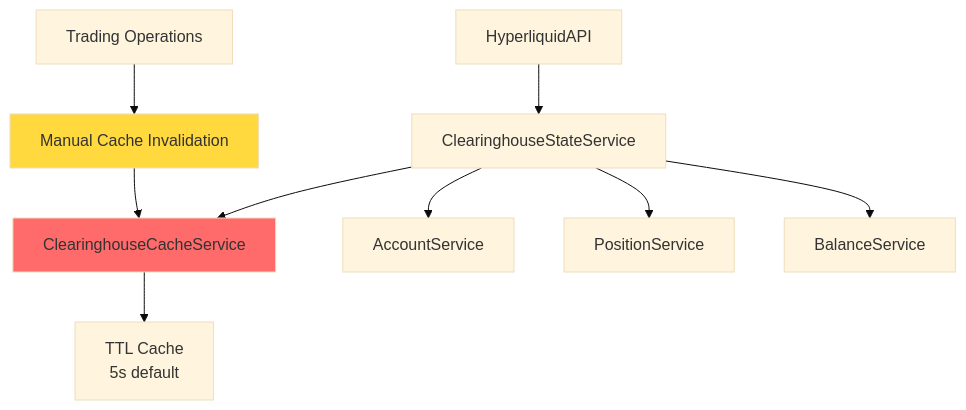
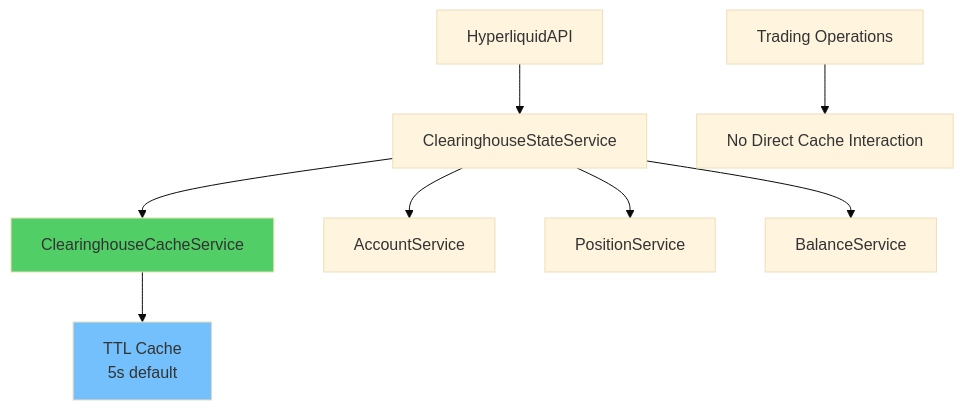
Before and after one commit to plataplomo/hummingbot: the first of 11 diagrams in workflow/cache_refactor/01_first_look.md, drawn with Mermaid (base theme). The commit also changed other lines of this file and 3 other files, not shown here.

Commit message:
docs: Update cache architecture documents to reflect enhancements and simplifications in event-driven integration strategy

````diff
--- a/workflow/cache_refactor/01_first_look.md
+++ b/workflow/cache_refactor/01_first_look.md
@@ -12,16 +12,15 @@
 ```mermaid
 graph TD
     A[HyperliquidAPI] --> B[ClearinghouseStateService]
     B --> C[ClearinghouseCacheService]
     C --> D[TTL Cache<br/>5s default]
 
     B --> E[AccountService]
     B --> F[PositionService]
     B --> G[BalanceService]
 
-    H[Trading Operations] --> I[Manual Cache Invalidation]
-    I --> C
+    H[Trading Operations] --> J[No Direct Cache Interaction]
 
-    style C fill:#ff6b6b,color:#333
-    style I fill:#ffd93d,color:#333
+    style C fill:#51cf66,color:#333
+    style D fill:#74c0fc,color:#333
 ```
````
